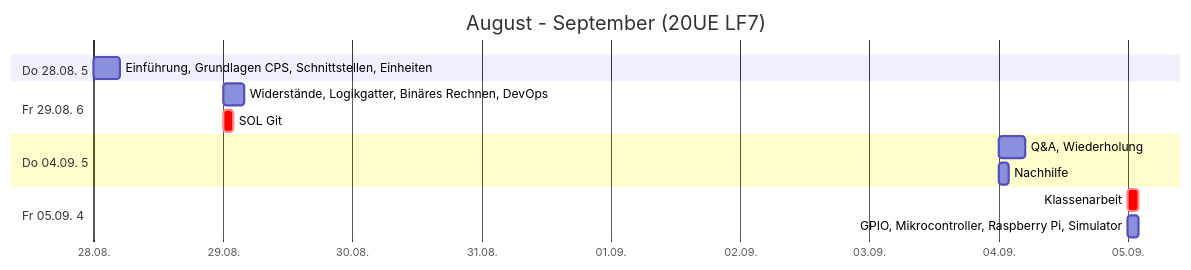
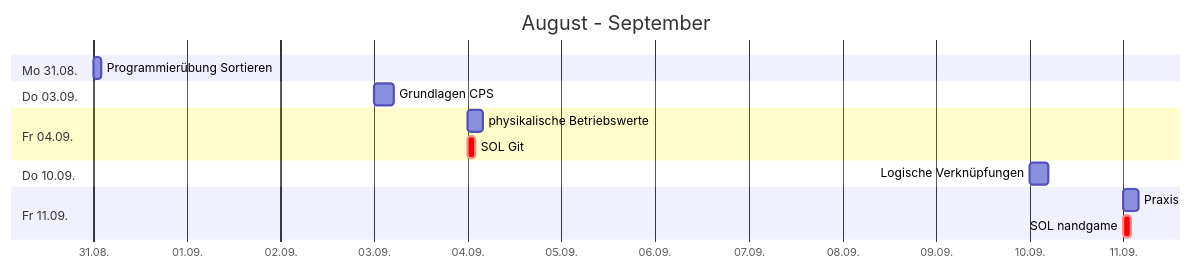
One commit to johannesloetzsch/LF7 changed the first of 4 diagrams in src/plan.md. Above: the diagram before and after it, drawn with Mermaid. The commit also changed other lines of this file, not shown here.

````diff
--- a/src/plan.md
+++ b/src/plan.md
@@ -5,17 +5,18 @@
 ```mermaid
 gantt
- title August - September (20UE LF7)
+ title August - September
  dateFormat YYYY-MM-DD
  axisFormat %d.%m.
- section Do 28.08. 5
-  Einführung, Grundlagen CPS, Schnittstellen, Einheiten  :2025-08-28, 5h
- section Fr 29.08. 6
-  Widerstände, Logikgatter, Binäres Rechnen, DevOps  :2025-08-29, 4h
-  SOL Git                     :crit, 2025-08-29, 2h
- section Do 04.09. 5
-  Q&A, Wiederholung           :2025-09-04, 5h
-  Nachhilfe                   :2025-09-04, 2h
- section Fr 05.09. 4
-  Klassenarbeit               :crit, 2025-09-05, 2h
-  GPIO, Mikrocontroller, Raspberry Pi, Simulator  :2025-09-05, 2h
+ section Mo 31.08.
+  Programmierübung Sortieren  :2026-08-31, 2h
+ section Do 03.09.
+  Grundlagen CPS              :2026-09-03, 5h
+ section Fr 04.09.
+  physikalische Betriebswerte :2026-09-04, 4h
+  SOL Git                     :crit, 2026-09-04, 2h
+ section Do 10.09.
+  Logische Verknüpfungen      :2026-09-10, 5h
+ section Fr 11.09.
+  Praxis                      :2026-09-11, 4h
+  SOL nandgame                :crit, 2026-09-11, 2h
 ```
````
